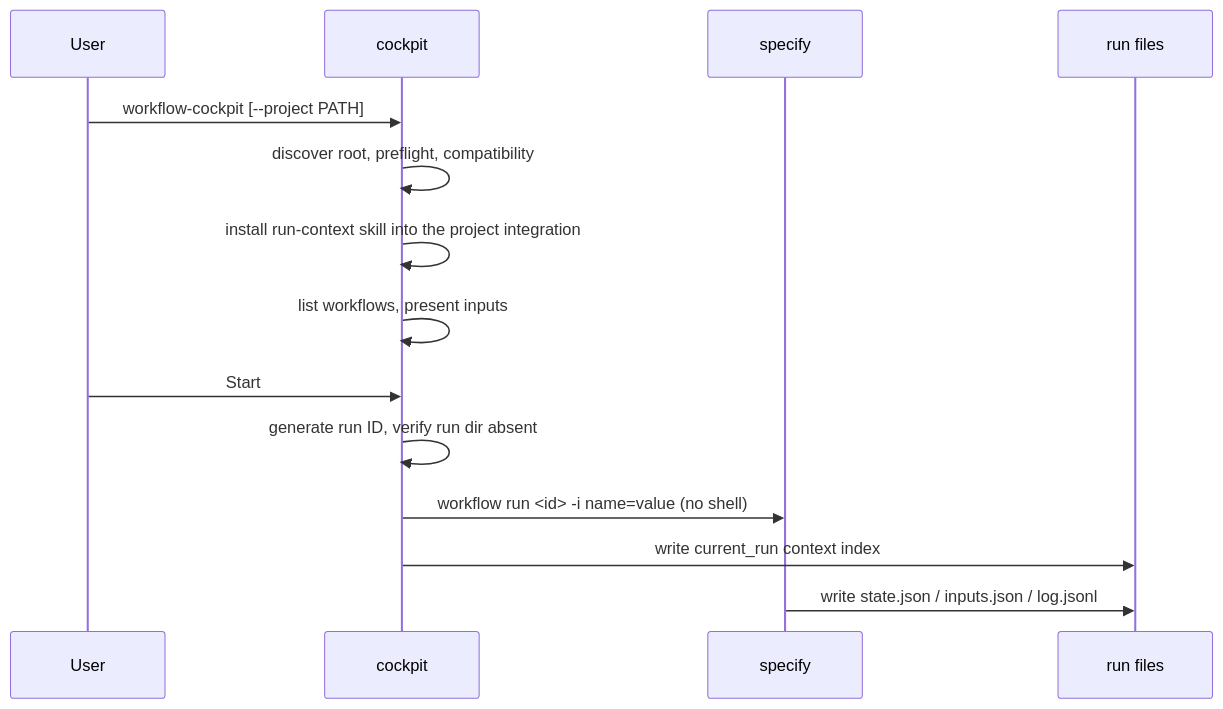
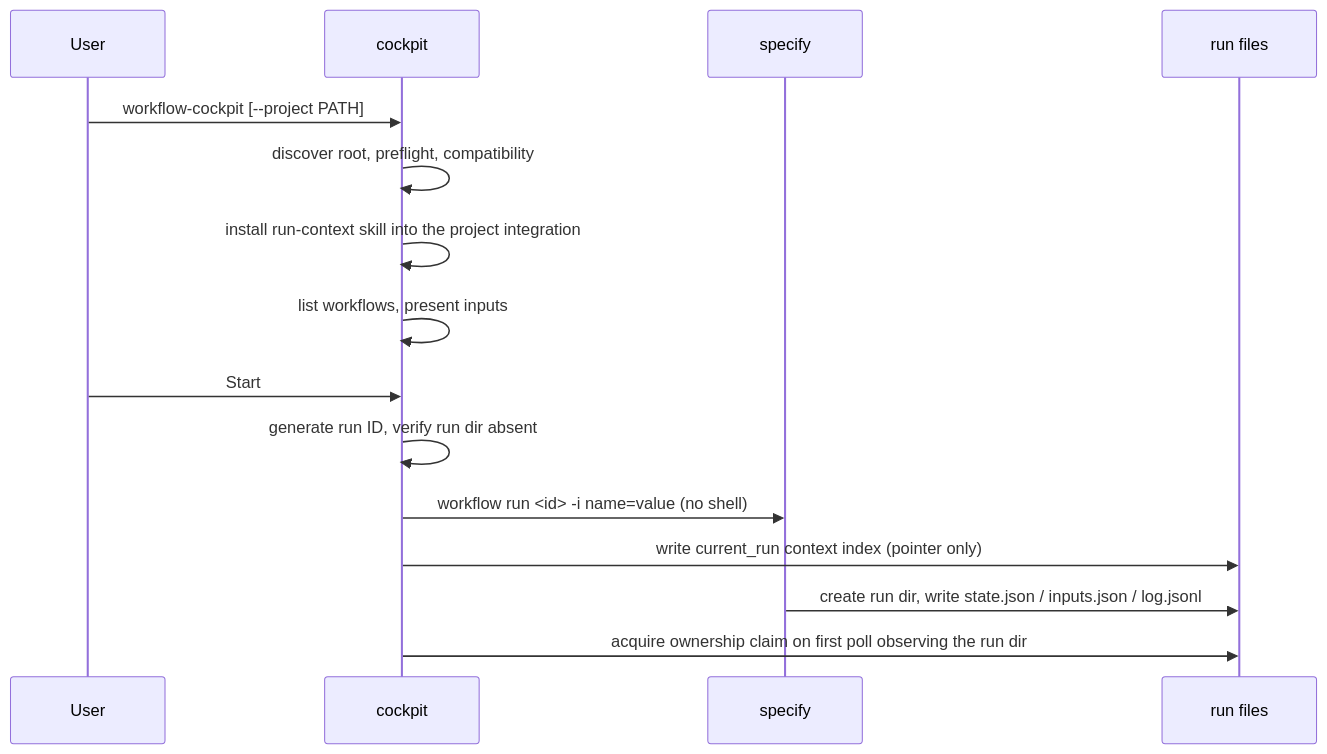
Before and after one commit to markuswondrak/spec-kit-workflow-cockpit: the first of 5 diagrams in docs/architecture/06-runtime-view.md, drawn with Mermaid. The commit also changed other lines of this file and 14 other files, not shown here.

First line of the commit message:
Make the context index a pointer and claim started runs

````diff
--- a/docs/architecture/06-runtime-view.md
+++ b/docs/architecture/06-runtime-view.md
@@ -10,16 +10,17 @@
 ```mermaid
 sequenceDiagram
     participant U as User
     participant C as cockpit
     participant S as specify
     participant R as run files
     U->>C: workflow-cockpit [--project PATH]
     C->>C: discover root, preflight, compatibility
     C->>C: install run-context skill into the project integration
     C->>C: list workflows, present inputs
     U->>C: Start
     C->>C: generate run ID, verify run dir absent
     C->>S: workflow run <id> -i name=value (no shell)
-    C->>R: write current_run context index
-    S->>R: write state.json / inputs.json / log.jsonl
+    C->>R: write current_run context index (pointer only)
+    S->>R: create run dir, write state.json / inputs.json / log.jsonl
+    C->>R: acquire ownership claim on first poll observing the run dir
 ```
````
